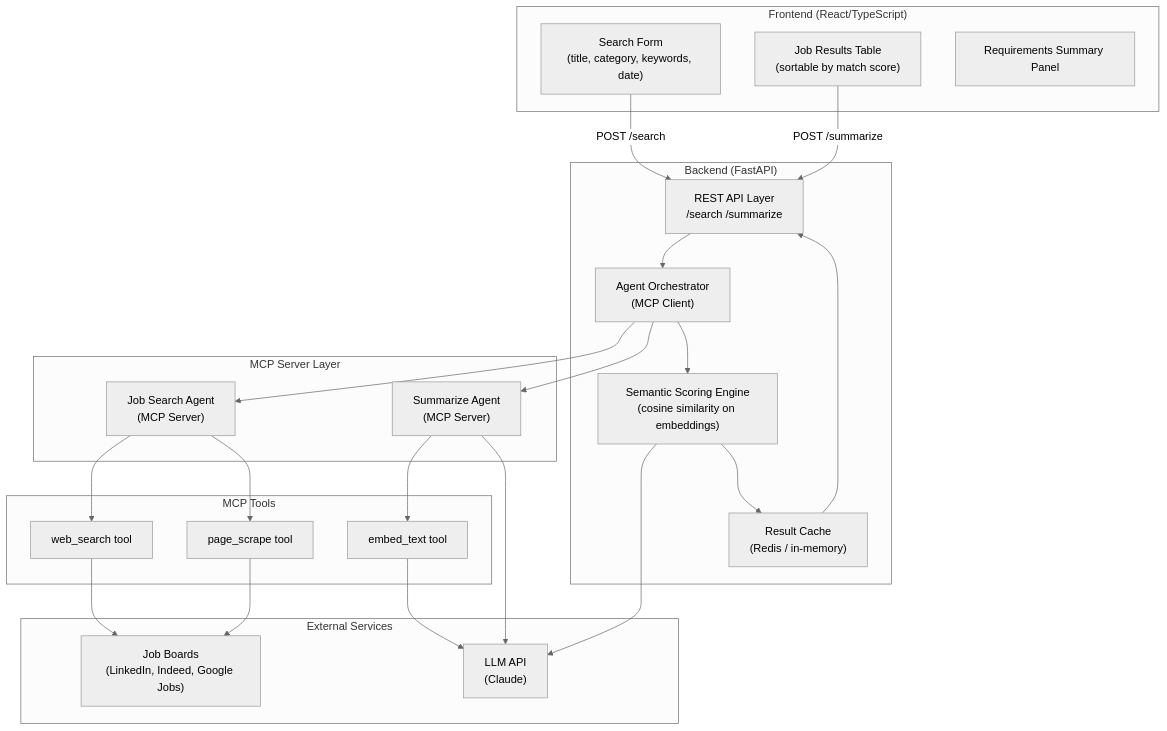
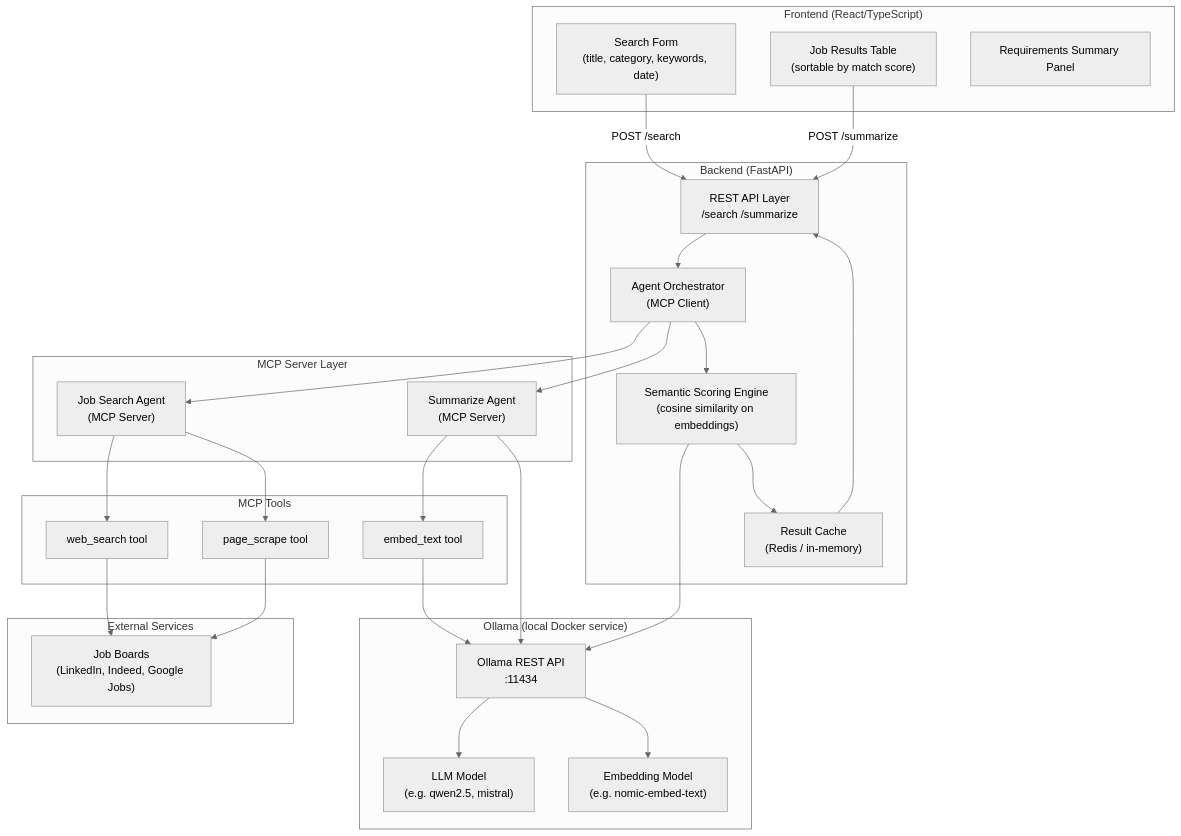
One commit to chuan2019/JobReqPilot changed the second of 7 diagrams in docs/ARCHITECTURE.md. Above: the diagram before and after it, drawn with Mermaid (neutral theme). The commit also changed other lines of this file, not shown here.

Commit message:
AGTAI-13 update architecture design

````diff
--- a/docs/ARCHITECTURE.md
+++ b/docs/ARCHITECTURE.md
@@ -37,48 +38,55 @@
 ```mermaid
 flowchart TB
     subgraph FE["Frontend (React/TypeScript)"]
         UI["Search Form\n(title, category, keywords, date)"]
         ResultTable["Job Results Table\n(sortable by match score)"]
         SummaryPanel["Requirements Summary Panel"]
     end
 
     subgraph BE["Backend (FastAPI)"]
         API["REST API Layer\n/search  /summarize"]
         Orchestrator["Agent Orchestrator\n(MCP Client)"]
         ScoreEngine["Semantic Scoring Engine\n(cosine similarity on embeddings)"]
         Cache["Result Cache\n(Redis / in-memory)"]
     end
 
     subgraph MCP["MCP Server Layer"]
         SearchAgent["Job Search Agent\n(MCP Server)"]
         SummarizeAgent["Summarize Agent\n(MCP Server)"]
     end
 
     subgraph Tools["MCP Tools"]
         WebSearch["web_search tool"]
         Scraper["page_scrape tool"]
         Embedder["embed_text tool"]
     end
 
     subgraph External["External Services"]
         JobBoards["Job Boards\n(LinkedIn, Indeed, Google Jobs)"]
-        LLM["LLM API\n(Claude)"]
+    end
+
+    subgraph Ollama["Ollama (local Docker service)"]
+        OllamaAPI["Ollama REST API\n:11434"]
+        LLMModel["LLM Model\n(e.g. qwen2.5, mistral)"]
+        EmbedModel["Embedding Model\n(e.g. nomic-embed-text)"]
+        OllamaAPI --> LLMModel
+        OllamaAPI --> EmbedModel
     end
 
     UI -->|POST /search| API
     ResultTable -->|POST /summarize| API
     API --> Orchestrator
     Orchestrator --> SearchAgent
     Orchestrator --> SummarizeAgent
     SearchAgent --> WebSearch
     SearchAgent --> Scraper
     SummarizeAgent --> Embedder
     WebSearch --> JobBoards
     Scraper --> JobBoards
-    Embedder --> LLM
-    SummarizeAgent --> LLM
-    ScoreEngine --> LLM
+    Embedder --> OllamaAPI
+    SummarizeAgent --> OllamaAPI
+    ScoreEngine --> OllamaAPI
     Orchestrator --> ScoreEngine
     ScoreEngine --> Cache
     Cache --> API
 ```
````
